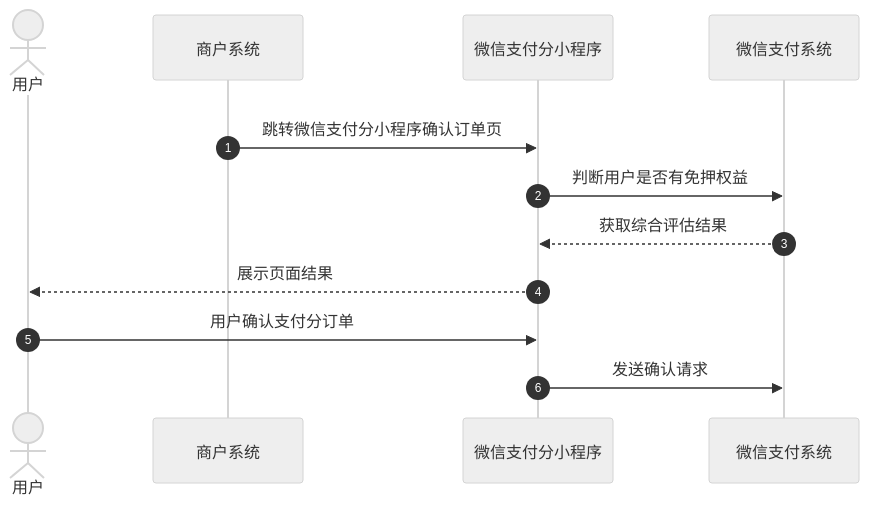
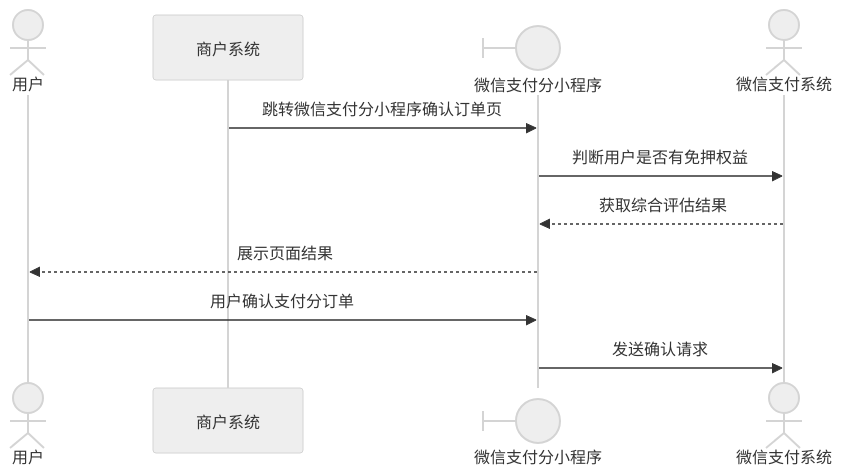
One commit to minibear2021/wechatpay_docs changed the third of 6 diagrams in docs/merchant/pages/4012587166.md. Above: the diagram before and after it, drawn with Mermaid (neutral theme). The commit also changed other lines of this file and 35 other files, not shown here.

````diff
--- a/docs/merchant/pages/4012587166.md
+++ b/docs/merchant/pages/4012587166.md
@@ -91,17 +106,15 @@
 ```mermaid
 sequenceDiagram
-    rect rgb(255,255,255)
-        autonumber
+
         actor User as 用户
         participant Mch as 商户系统
-        participant WxPay as 微信支付分小程序
-        participant WxPay2 as 微信支付系统
+        participant WxPay@{ type: boundary } as 微信支付分小程序
+        participant WxPay2@{ type: actor, xwattType: secondaryActor } as 微信支付系统
 
         Mch->>WxPay: 跳转微信支付分小程序确认订单页
         WxPay->>WxPay2: 判断用户是否有免押权益
         WxPay2-->>WxPay: 获取综合评估结果
         WxPay-->>User: 展示页面结果
         User->>WxPay: 用户确认支付分订单
         WxPay->>WxPay2: 发送确认请求
-    end
 ```
````
